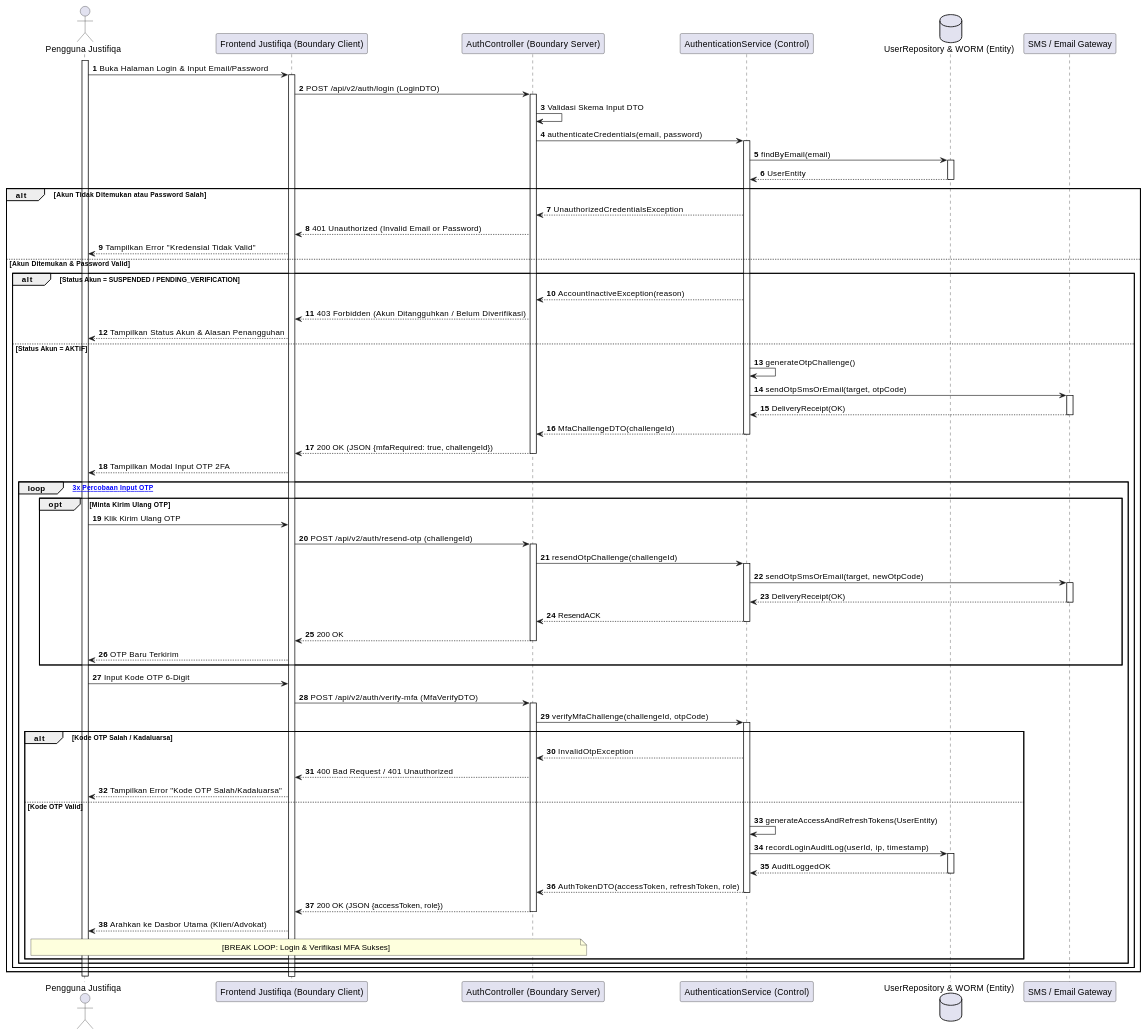
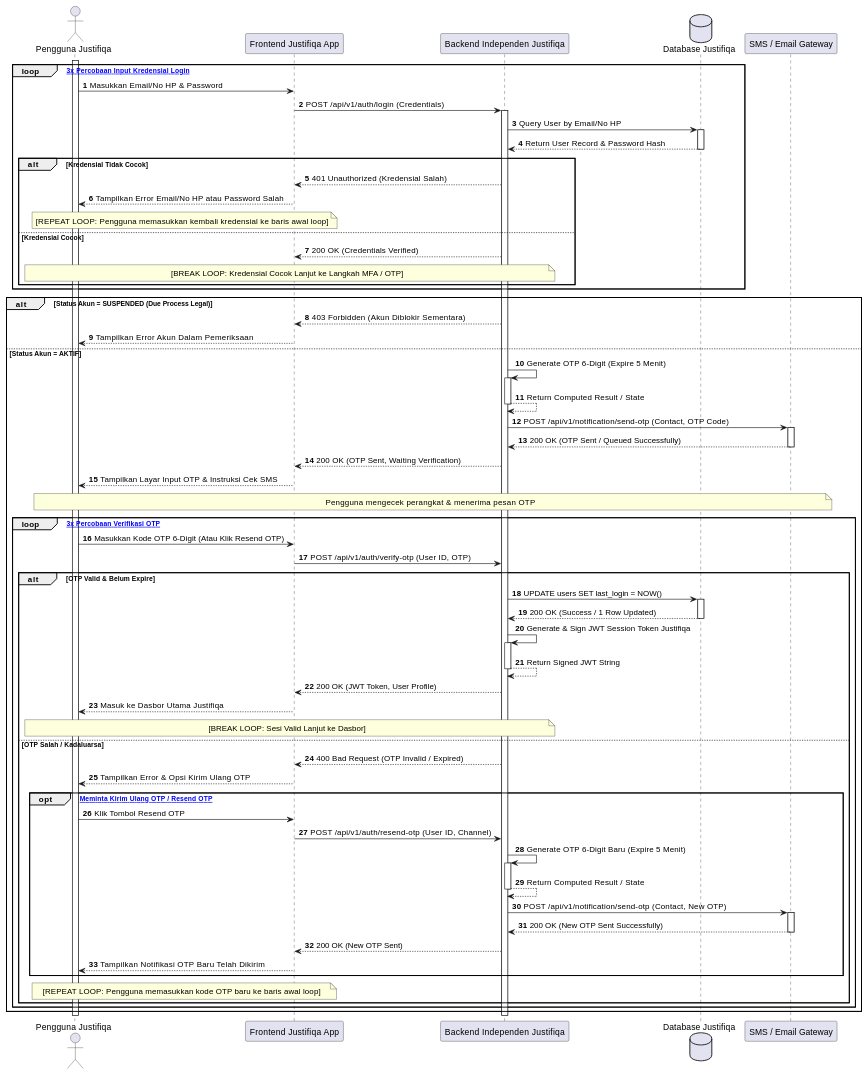
Before and after one commit to tupperwureism/SuperApp-Gagal: the second of 28 diagrams in MarkDown/plantuml_sequence_diagrams.md, drawn with PlantUML. The commit also changed other lines of this file and 3 other files, not shown here.

````diff
--- a/MarkDown/plantuml_sequence_diagrams.md
+++ b/MarkDown/plantuml_sequence_diagrams.md
@@ -97,70 +87,74 @@
 ```plantuml
 @startuml
 autonumber
 actor "Pengguna Justifiqa" as User
-participant "Frontend Justifiqa (Boundary Client)" as B_FE
-participant "AuthController (Boundary Server)" as B_BE
-participant "AuthenticationService (Control)" as C_Svc
-database "UserRepository & WORM (Entity)" as E_DB
+participant "Frontend Justifiqa App" as FE
+participant "Backend Independen Justifiqa" as BE
+database "Database Justifiqa" as DB
 participant "SMS / Email Gateway" as SMS
 
 activate User
-User -> B_FE ++ : Buka Halaman Login & Input Email/Password
-B_FE -> B_BE ++ : POST /api/v2/auth/login (LoginDTO)
-B_BE -> B_BE : Validasi Skema Input DTO
-B_BE -> C_Svc ++ : authenticateCredentials(email, password)
-C_Svc -> E_DB ++ : findByEmail(email)
-E_DB --> C_Svc -- : UserEntity
+loop [Maksimal 3x Percobaan Input Kredensial Login]
+    User -> FE : Masukkan Email/No HP & Password
+    FE -> BE ++ : POST /api/v1/auth/login (Credentials)
 
-alt Akun Tidak Ditemukan atau Password Salah
-    C_Svc --> B_BE : UnauthorizedCredentialsException
-    B_BE --> B_FE : 401 Unauthorized (Invalid Email or Password)
-    B_FE --> User : Tampilkan Error "Kredensial Tidak Valid"
-else Akun Ditemukan & Password Valid
-    alt Status Akun = SUSPENDED / PENDING_VERIFICATION
-        C_Svc --> B_BE : AccountInactiveException(reason)
-        B_BE --> B_FE : 403 Forbidden (Akun Ditangguhkan / Belum Diverifikasi)
-        B_FE --> User : Tampilkan Status Akun & Alasan Penangguhan
-    else Status Akun = AKTIF
-        C_Svc -> C_Svc : generateOtpChallenge()
-        C_Svc -> SMS ++ : sendOtpSmsOrEmail(target, otpCode)
-        SMS --> C_Svc -- : DeliveryReceipt(OK)
-        C_Svc --> B_BE -- : MfaChallengeDTO(challengeId)
-        B_BE --> B_FE -- : 200 OK (JSON {mfaRequired: true, challengeId})
-        B_FE --> User : Tampilkan Modal Input OTP 2FA
+    BE -> DB ++ : Query User by Email/No HP
+    DB --> BE -- : Return User Record & Password Hash
 
-        loop [Maksimal 3x Percobaan Input OTP]
-            opt Minta Kirim Ulang OTP
-                User -> B_FE : Klik Kirim Ulang OTP
-                B_FE -> B_BE ++ : POST /api/v2/auth/resend-otp (challengeId)
-                B_BE -> C_Svc ++ : resendOtpChallenge(challengeId)
-                C_Svc -> SMS ++ : sendOtpSmsOrEmail(target, newOtpCode)
-                SMS --> C_Svc -- : DeliveryReceipt(OK)
-                C_Svc --> B_BE -- : ResendACK
-                B_BE --> B_FE -- : 200 OK
-                B_FE --> User : OTP Baru Terkirim
+    alt Kredensial Tidak Cocok
+        BE --> FE : 401 Unauthorized (Kredensial Salah)
+        FE --> User : Tampilkan Error Email/No HP atau Password Salah
+        note over User, FE : [REPEAT LOOP: Pengguna memasukkan kembali kredensial ke baris awal loop]
+    else Kredensial Cocok
+        BE --> FE : 200 OK (Credentials Verified)
+        note over User, BE : [BREAK LOOP: Kredensial Cocok Lanjut ke Langkah MFA / OTP]
+    end
+end
+
+alt Status Akun = SUSPENDED (Due Process Legal)
+    BE --> FE : 403 Forbidden (Akun Diblokir Sementara)
+    FE --> User : Tampilkan Error Akun Dalam Pemeriksaan
+else Status Akun = AKTIF
+    BE -> BE ++ : Generate OTP 6-Digit (Expire 5 Menit)
+    BE --> BE -- : Return Computed Result / State
+    BE -> SMS ++ : POST /api/v1/notification/send-otp (Contact, OTP Code)
+    SMS --> BE -- : 200 OK (OTP Sent / Queued Successfully)
+    BE --> FE : 200 OK (OTP Sent, Waiting Verification)
+    FE --> User : Tampilkan Layar Input OTP & Instruksi Cek SMS
+    note over User, SMS : Pengguna mengecek perangkat & menerima pesan OTP
+    
+    loop [Maksimal 3x Percobaan Verifikasi OTP]
+        User -> FE : Masukkan Kode OTP 6-Digit (Atau Klik Resend OTP)
+        FE -> BE : POST /api/v1/auth/verify-otp (User ID, OTP)
+        
+        alt OTP Valid & Belum Expire
+            BE -> DB ++ : UPDATE users SET last_login = NOW()
+            DB --> BE -- : 200 OK (Success / 1 Row Updated)
+            BE -> BE ++ : Generate & Sign JWT Session Token Justifiqa
+            BE --> BE -- : Return Signed JWT String
+            BE --> FE : 200 OK (JWT Token, User Profile)
+            FE --> User : Masuk ke Dasbor Utama Justifiqa
+            note over User, BE : [BREAK LOOP: Sesi Valid Lanjut ke Dasbor]
+        else OTP Salah / Kadaluarsa
+            BE --> FE : 400 Bad Request (OTP Invalid / Expired)
+            FE --> User : Tampilkan Error & Opsi Kirim Ulang OTP
+            
+            opt [Pengguna Meminta Kirim Ulang OTP / Resend OTP]
+                User -> FE : Klik Tombol Resend OTP
+                FE -> BE : POST /api/v1/auth/resend-otp (User ID, Channel)
+                BE -> BE ++ : Generate OTP 6-Digit Baru (Expire 5 Menit)
+                BE --> BE -- : Return Computed Result / State
+                BE -> SMS ++ : POST /api/v1/notification/send-otp (Contact, New OTP)
+                SMS --> BE -- : 200 OK (New OTP Sent Successfully)
+                BE --> FE : 200 OK (New OTP Sent)
+                FE --> User : Tampilkan Notifikasi OTP Baru Telah Dikirim
             end
-
-            User -> B_FE : Input Kode OTP 6-Digit
-            B_FE -> B_BE ++ : POST /api/v2/auth/verify-mfa (MfaVerifyDTO)
-            B_BE -> C_Svc ++ : verifyMfaChallenge(challengeId, otpCode)
-
-            alt Kode OTP Salah / Kadaluarsa
-                C_Svc --> B_BE : InvalidOtpException
-                B_BE --> B_FE : 400 Bad Request / 401 Unauthorized
-                B_FE --> User : Tampilkan Error "Kode OTP Salah/Kadaluarsa"
-            else Kode OTP Valid
-                C_Svc -> C_Svc : generateAccessAndRefreshTokens(UserEntity)
-                C_Svc -> E_DB ++ : recordLoginAuditLog(userId, ip, timestamp)
-                E_DB --> C_Svc -- : AuditLoggedOK
-                C_Svc --> B_BE -- : AuthTokenDTO(accessToken, refreshToken, role)
-                B_BE --> B_FE -- : 200 OK (JSON {accessToken, role})
-                B_FE --> User : Arahkan ke Dasbor Utama (Klien/Advokat)
-                note over User, B_BE : [BREAK LOOP: Login & Verifikasi MFA Sukses]
-            end
+            note over User, FE : [REPEAT LOOP: Pengguna memasukkan kode OTP baru ke baris awal loop]
         end
     end
 end
+deactivate BE
+deactivate FE
 deactivate User
 @enduml
 ```
````
